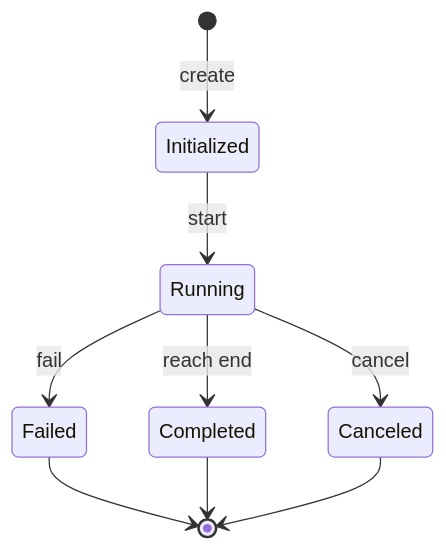
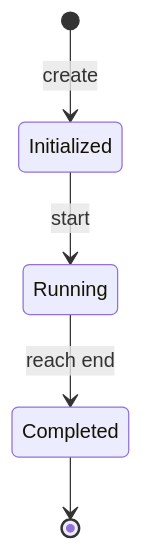
Before and after one commit to lchrennew/es-workflow: the third of 8 diagrams in docs/design/20-runtime-domain.md, drawn with Mermaid. The commit also changed other lines of this file and 7 other files, not shown here.

````diff
--- a/docs/design/20-runtime-domain.md
+++ b/docs/design/20-runtime-domain.md
@@ -206,11 +235,7 @@
 ```mermaid
 stateDiagram
   [*] --> Initialized: create
   Initialized --> Running: start
   Running --> Completed: reach end
-  Running --> Failed: fail
-  Running --> Canceled: cancel
-  Failed --> [*]
   Completed --> [*]
-  Canceled --> [*]
 ```
````
